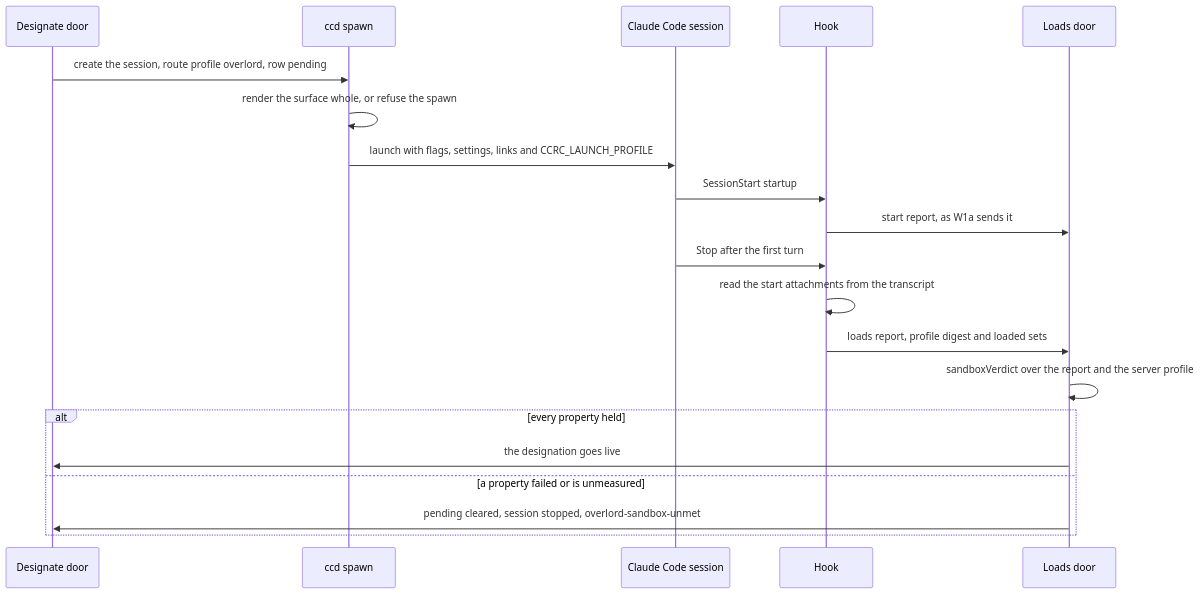
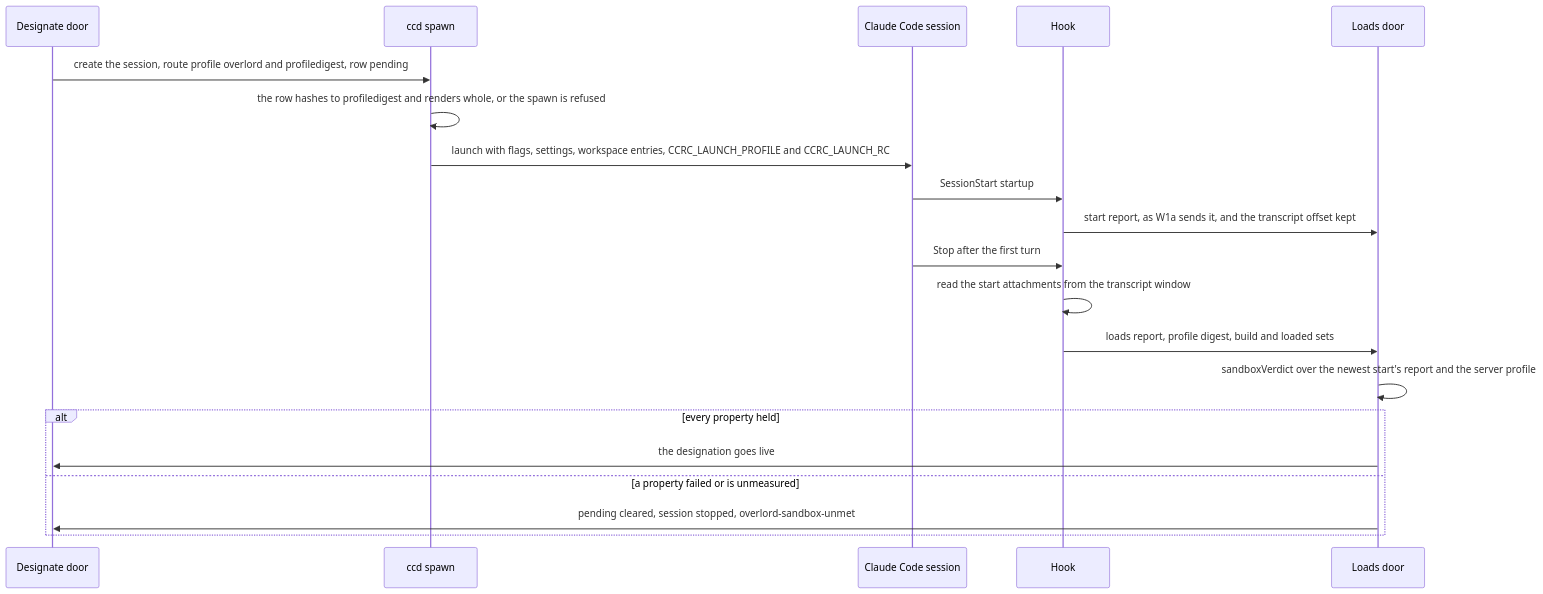
Before and after one commit to Synapsium-Labs/ccrc-pwa: the diagram in docs/superpowers/plans/2026-11-14-overlord-w1/w1-sandbox.md, drawn with Mermaid. The commit also changed other lines of this file, not shown here.

First line of the commit message:
docs(plan): the Overlord W1 sandbox plan, fix round 1 (review 2101)

````diff
--- a/docs/superpowers/plans/2026-11-14-overlord-w1/w1-sandbox.md
+++ b/docs/superpowers/plans/2026-11-14-overlord-w1/w1-sandbox.md
@@ -46,22 +53,22 @@
 ```mermaid
 sequenceDiagram
   participant D as Designate door
   participant C as ccd spawn
   participant S as Claude Code session
   participant H as Hook
   participant R as Loads door
-  D->>C: create the session, route profile overlord, row pending
-  C->>C: render the surface whole, or refuse the spawn
-  C->>S: launch with flags, settings, links and CCRC_LAUNCH_PROFILE
+  D->>C: create the session, route profile overlord and profiledigest, row pending
+  C->>C: the row hashes to profiledigest and renders whole, or the spawn is refused
+  C->>S: launch with flags, settings, workspace entries, CCRC_LAUNCH_PROFILE and CCRC_LAUNCH_RC
   S->>H: SessionStart startup
-  H->>R: start report, as W1a sends it
+  H->>R: start report, as W1a sends it, and the transcript offset kept
   S->>H: Stop after the first turn
-  H->>H: read the start attachments from the transcript
-  H->>R: loads report, profile digest and loaded sets
-  R->>R: sandboxVerdict over the report and the server profile
+  H->>H: read the start attachments from the transcript window
+  H->>R: loads report, profile digest, build and loaded sets
+  R->>R: sandboxVerdict over the newest start's report and the server profile
   alt every property held
     R->>D: the designation goes live
   else a property failed or is unmeasured
     R->>D: pending cleared, session stopped, overlord-sandbox-unmet
   end
 ```
````
